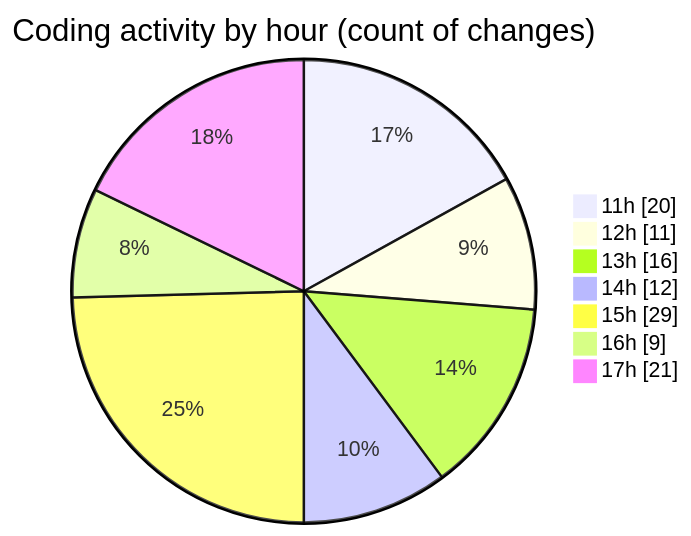
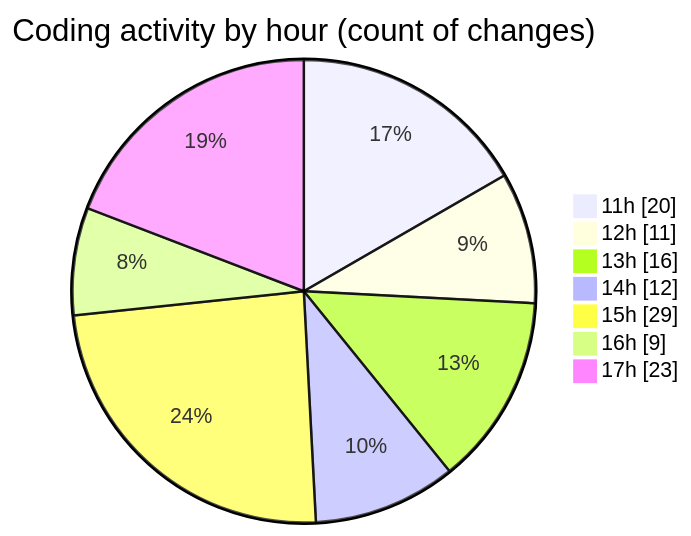
The second of 2 diagrams in 2025-09-24/nxtqube_webapp/README.md (nxtqubesakshisongat/code-tracking), drawn with Mermaid before and after one commit. The commit also changed other lines of this file and 1 other file, not shown here.

````diff
--- a/2025-09-24/nxtqube_webapp/README.md
+++ b/2025-09-24/nxtqube_webapp/README.md
@@ -32,11 +32,11 @@
 ```mermaid
 pie showData
 title Coding activity by hour (count of changes)
 "11h" : 20
 "12h" : 11
 "13h" : 16
 "14h" : 12
 "15h" : 29
 "16h" : 9
-"17h" : 21
+"17h" : 23
 ```
````
